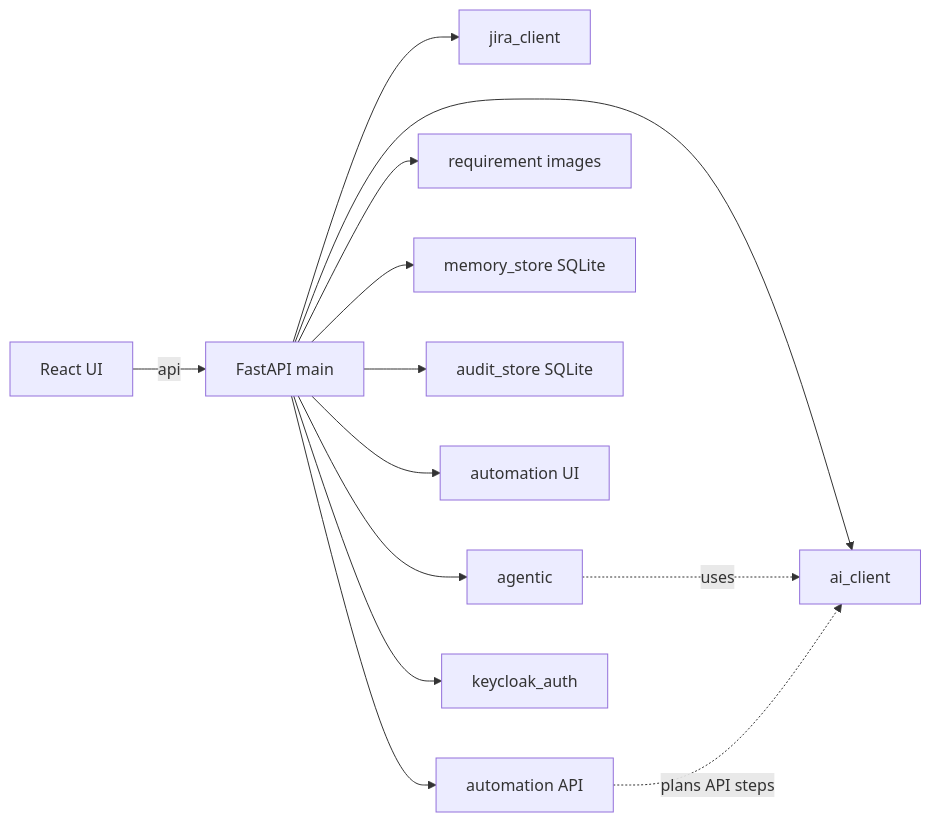
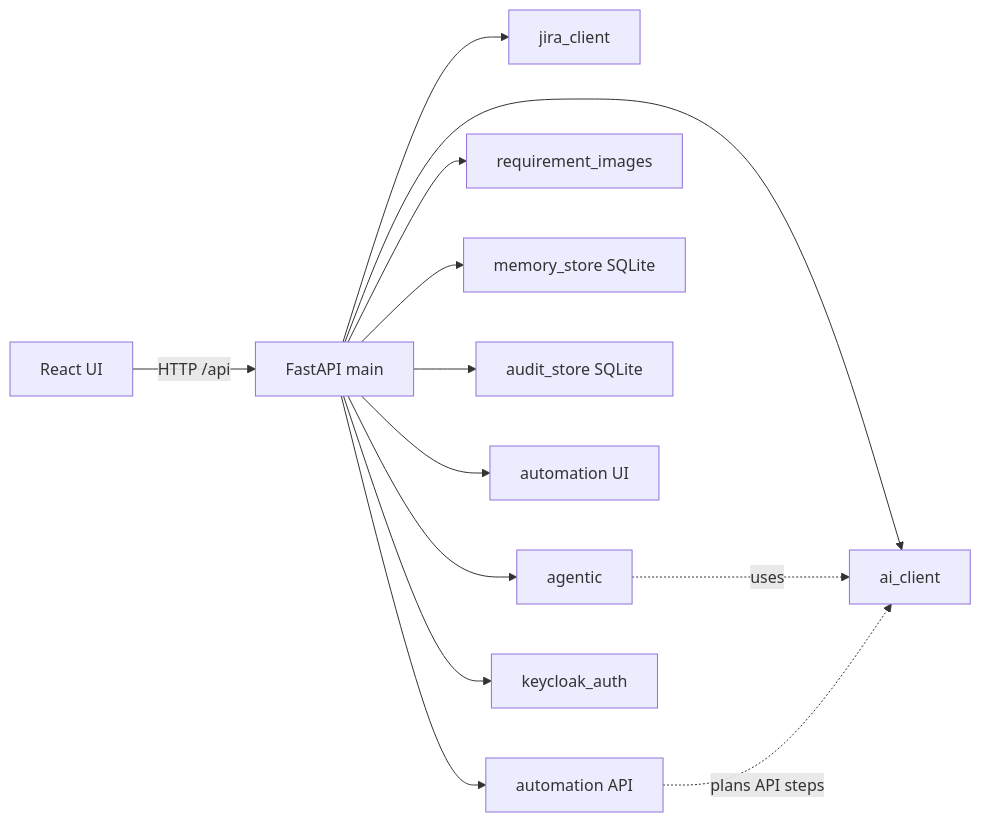
The first of 5 diagrams in README.md (prashant1507/test-intellect-ai), drawn with Mermaid before and after one commit.

````diff
--- a/README.md
+++ b/README.md
@@ -61,15 +61,15 @@
 ```mermaid
 flowchart LR
-  UI["React UI"] -->|api| API["FastAPI main"]
+  UI["React UI"] -->|HTTP /api| API["FastAPI main"]
   API --> JIRA["jira_client"]
   API --> LLM["ai_client"]
   API --> AG["agentic"]
-  API --> IMG["requirement images"]
+  API --> IMG["requirement_images"]
   API --> MEM["memory_store SQLite"]
   API --> AUD["audit_store SQLite"]
   API --> ATU["automation UI"]
   API --> ATA["automation API"]
   API --> KC["keycloak_auth"]
   AG -.->|uses| LLM
   ATA -.->|plans API steps| LLM
 ```
````
